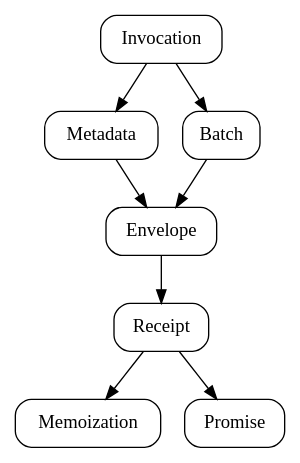
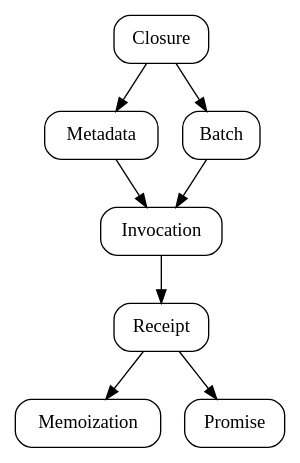
The diagram in diagrams/concepts.dot (ucan-wg/invocation), drawn with Graphviz before and after one commit.

Commit message:
Update image

```diff
--- a/diagrams/concepts.dot
+++ b/diagrams/concepts.dot
@@ -1,11 +1,10 @@
 digraph {
     node [
       style = rounded
       shape = box
     ]
 
-    Invocation -> Metadata -> Envelope
-                  Batch    -> Envelope -> Receipt -> Memoization
-                  Receipt  -> Promise
-    Invocation -> Batch
+    Closure -> Metadata -> Invocation
+    Closure -> Batch    -> Invocation -> Receipt -> Memoization
+                                         Receipt -> Promise
 }
```
